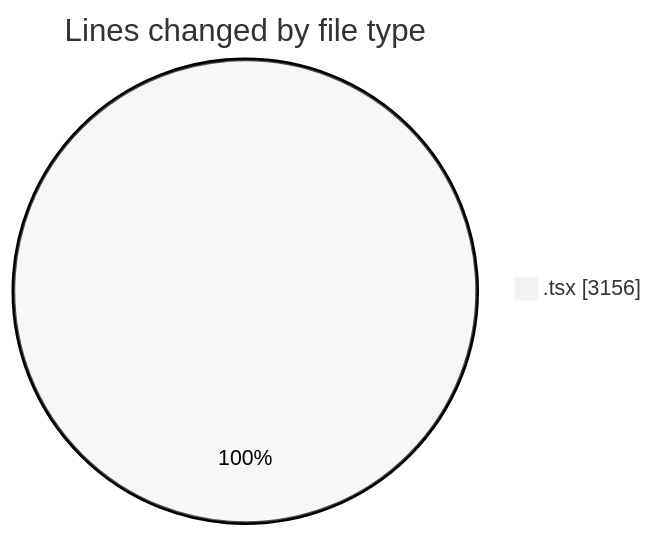
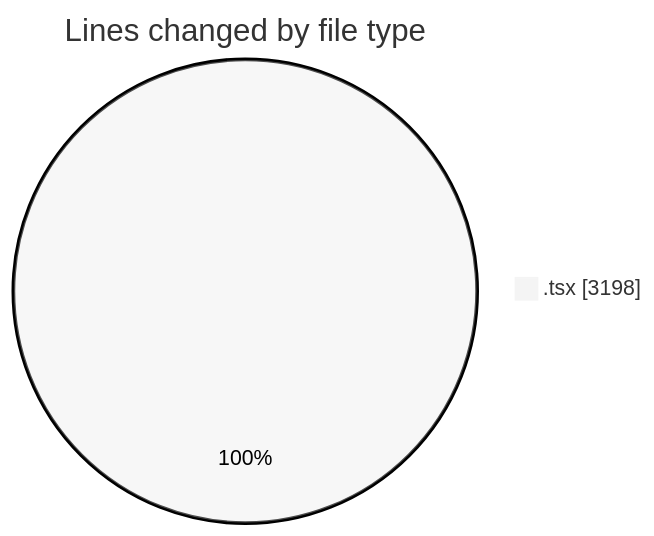
Before and after one commit to nxtqubesakshisongat/code-tracking: the first of 2 diagrams in 2026-04-05/nxtqube_webapp/README.md, drawn with Mermaid (neutral theme). The commit also changed other lines of this file and 1 other file, not shown here.

````diff
--- a/2026-04-05/nxtqube_webapp/README.md
+++ b/2026-04-05/nxtqube_webapp/README.md
@@ -23,5 +23,5 @@
 ```mermaid
 pie showData
 title Lines changed by file type
-".tsx" : 3156
+".tsx" : 3198
 ```
````
